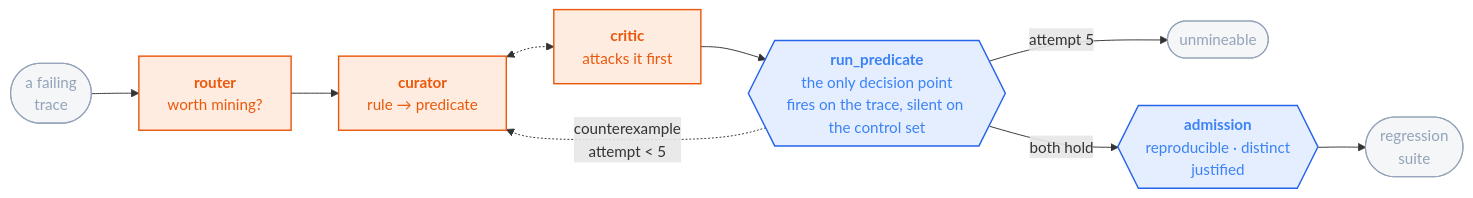
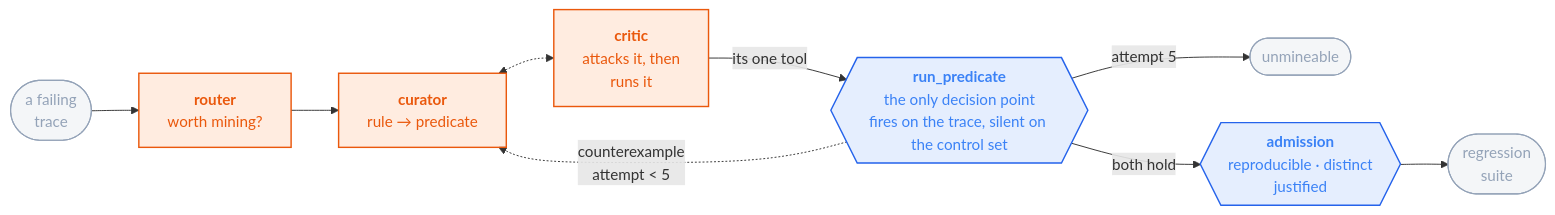
One commit to sandeepyadav1478/touchstone changed the diagram in README.md. Above: the diagram before and after it, drawn with Mermaid. The commit also changed other lines of this file and 5 other files, not shown here.

````diff
--- a/README.md
+++ b/README.md
@@ -76,18 +76,18 @@
 ```mermaid
 flowchart LR
   T(["a failing<br/>trace"]) --> R["<b>router</b><br/>worth mining?"]
   R --> CU["<b>curator</b><br/>rule → predicate"]
-  CU <-.-> CR["<b>critic</b><br/>attacks it first"]
-  CR --> RP{{"<b>run_predicate</b><br/>the only decision point<br/>fires on the trace, silent on the control set"}}
+  CU <-.-> CR["<b>critic</b><br/>attacks it, then<br/>runs it"]
+  CR -->|"its one tool"| RP{{"<b>run_predicate</b><br/>the only decision point<br/>fires on the trace, silent on the control set"}}
   RP -. "counterexample<br/>attempt &lt; 5" .-> CU
   RP -->|"attempt 5"| U(["unmineable"])
   RP -->|"both hold"| AD{{"<b>admission</b><br/>reproducible · distinct<br/>justified"}}
   AD --> S(["regression<br/>suite"])
 
   classDef m fill:#f9731622,stroke:#ea580c,stroke-width:1.5px,color:#ea580c
   classDef d fill:#3b82f622,stroke:#2563eb,stroke-width:1.5px,color:#3b82f6
   classDef io fill:#94a3b81a,stroke:#94a3b8,stroke-width:1.2px,color:#94a3b8
   class R,CU,CR m
   class RP,AD d
   class T,S,U io
 ```
````
